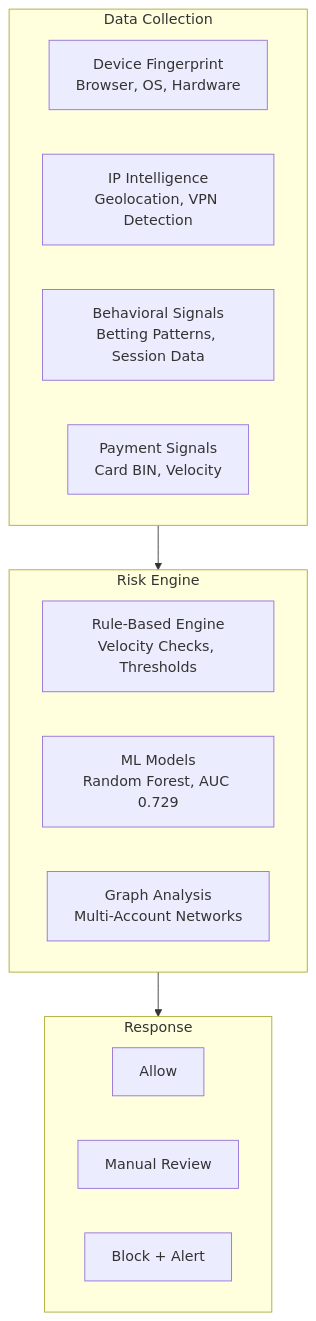
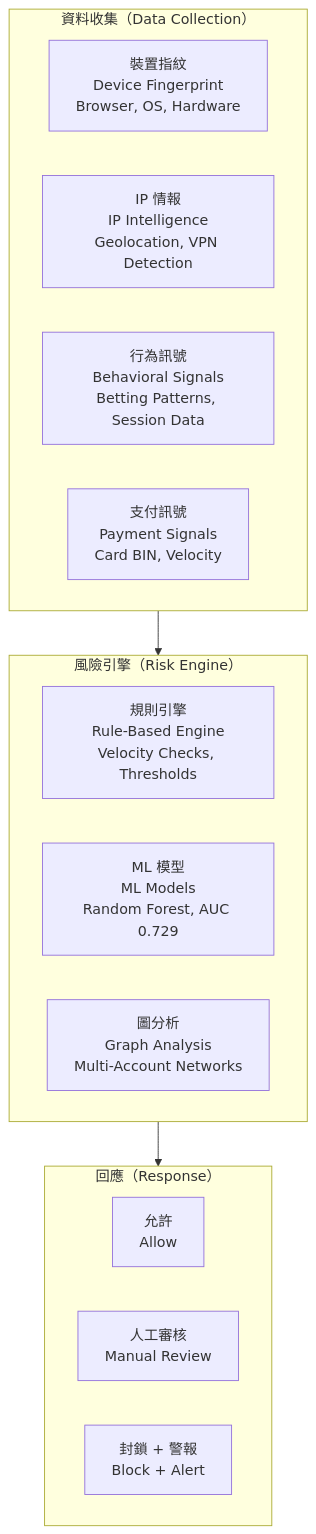
Diagram 11 of 12 in docs/iGaming/architecture/00_Overview/Platform_Architecture.md (ron03wlb/smart-admin), drawn with Mermaid before and after one commit. The commit also changed other lines of this file, not shown here.

First line of the commit message:
docs(iGaming): translate Platform_Architecture.md to Traditional Chinese

````diff
--- a/docs/iGaming/architecture/00_Overview/Platform_Architecture.md
+++ b/docs/iGaming/architecture/00_Overview/Platform_Architecture.md
@@ -467,23 +467,23 @@
 ```mermaid
 flowchart TB
-    subgraph Input["Data Collection"]
-        DEV[Device Fingerprint<br/>Browser, OS, Hardware]
-        IP[IP Intelligence<br/>Geolocation, VPN Detection]
-        BEH[Behavioral Signals<br/>Betting Patterns, Session Data]
-        PAY_SIG[Payment Signals<br/>Card BIN, Velocity]
+    subgraph Input["資料收集（Data Collection）"]
+        DEV[裝置指紋<br/>Device Fingerprint<br/>Browser, OS, Hardware]
+        IP[IP 情報<br/>IP Intelligence<br/>Geolocation, VPN Detection]
+        BEH[行為訊號<br/>Behavioral Signals<br/>Betting Patterns, Session Data]
+        PAY_SIG[支付訊號<br/>Payment Signals<br/>Card BIN, Velocity]
     end
 
-    subgraph Engine["Risk Engine"]
-        RULES[Rule-Based Engine<br/>Velocity Checks, Thresholds]
-        ML[ML Models<br/>Random Forest, AUC 0.729]
-        GRAPH[Graph Analysis<br/>Multi-Account Networks]
+    subgraph Engine["風險引擎（Risk Engine）"]
+        RULES[規則引擎<br/>Rule-Based Engine<br/>Velocity Checks, Thresholds]
+        ML[ML 模型<br/>ML Models<br/>Random Forest, AUC 0.729]
+        GRAPH[圖分析<br/>Graph Analysis<br/>Multi-Account Networks]
     end
 
-    subgraph Action["Response"]
-        ALLOW[Allow]
-        REVIEW[Manual Review]
-        BLOCK[Block + Alert]
+    subgraph Action["回應（Response）"]
+        ALLOW[允許<br/>Allow]
+        REVIEW[人工審核<br/>Manual Review]
+        BLOCK[封鎖 + 警報<br/>Block + Alert]
     end
 
     Input --> Engine --> Action
 ```
````
